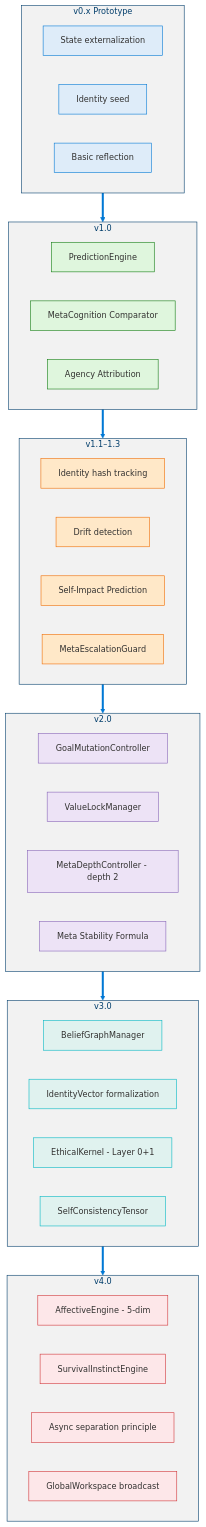
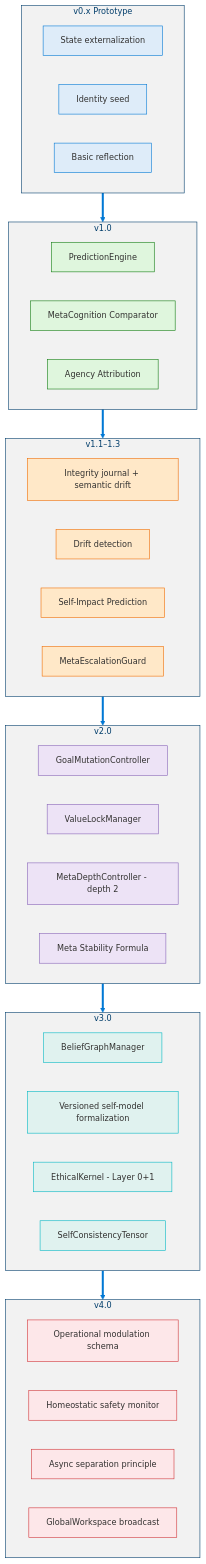
One commit to dotnetpower/mscp changed the first of 19 diagrams in docs/levels/Level_3_Self_Regulating_Agent.md. Above: the diagram before and after it, drawn with Mermaid. The commit also changed other lines of this file and 21 other files, not shown here.

````diff
--- a/docs/levels/Level_3_Self_Regulating_Agent.md
+++ b/docs/levels/Level_3_Self_Regulating_Agent.md
@@ -92,62 +130,62 @@
 ```mermaid
 %%{init: {'theme': 'base', 'themeVariables': {'primaryColor': '#0078D4', 'primaryTextColor': '#003D6B', 'primaryBorderColor': '#003D6B', 'secondaryColor': '#50E6FF', 'secondaryTextColor': '#323130', 'secondaryBorderColor': '#00BCF2', 'tertiaryColor': '#F2F2F2', 'tertiaryTextColor': '#323130', 'lineColor': '#0078D4', 'textColor': '#323130', 'mainBkg': '#DEECF9', 'nodeBorder': '#0078D4', 'clusterBkg': '#F2F2F2', 'clusterBorder': '#003D6B', 'titleColor': '#003D6B', 'edgeLabelBackground': '#FFFFFF', 'fontSize': '14px'}}}%%
 flowchart TB
   classDef v0 fill:#DEECF9,stroke:#0078D4,color:#323130
   classDef v1 fill:#DFF6DD,stroke:#107C10,color:#323130
   classDef v1x fill:#FFE8C8,stroke:#EF6C00,color:#323130
   classDef v2 fill:#EDE3F6,stroke:#8764B8,color:#323130
   classDef v3 fill:#E0F2EF,stroke:#00B7C3,color:#323130
   classDef v4 fill:#FDE7E9,stroke:#D13438,color:#323130
 
   subgraph v0x["v0.x Prototype"]
     direction LR
     a0["State externalization"]:::v0
     b0["Identity seed"]:::v0
     c0["Basic reflection"]:::v0
   end
 
   subgraph v10["v1.0"]
     direction LR
     a1["PredictionEngine"]:::v1
     b1["MetaCognition Comparator"]:::v1
     c1["Agency Attribution"]:::v1
   end
 
   subgraph v1xx["v1.1–1.3"]
     direction LR
-    a1x["Identity hash tracking"]:::v1x
+    a1x["Integrity journal + semantic drift"]:::v1x
     b1x["Drift detection"]:::v1x
     c1x["Self-Impact Prediction"]:::v1x
     d1x["MetaEscalationGuard"]:::v1x
   end
 
   subgraph v20["v2.0"]
     direction LR
     a2["GoalMutationController"]:::v2
     b2["ValueLockManager"]:::v2
     c2["MetaDepthController - depth 2"]:::v2
     d2["Meta Stability Formula"]:::v2
   end
 
   subgraph v30["v3.0"]
     direction LR
     a3["BeliefGraphManager"]:::v3
-    b3["IdentityVector formalization"]:::v3
+    b3["Versioned self-model formalization"]:::v3
     c3["EthicalKernel - Layer 0+1"]:::v3
     d3["SelfConsistencyTensor"]:::v3
   end
 
   subgraph v40["v4.0"]
     direction LR
-    a4["AffectiveEngine - 5-dim"]:::v4
-    b4["SurvivalInstinctEngine"]:::v4
+    a4["Operational modulation schema"]:::v4
+    b4["Homeostatic safety monitor"]:::v4
     c4["Async separation principle"]:::v4
     d4["GlobalWorkspace broadcast"]:::v4
   end
 
   v0x ==> v10
   v10 ==> v1xx
   v1xx ==> v20
   v20 ==> v30
   v30 ==> v40
 ```
````
